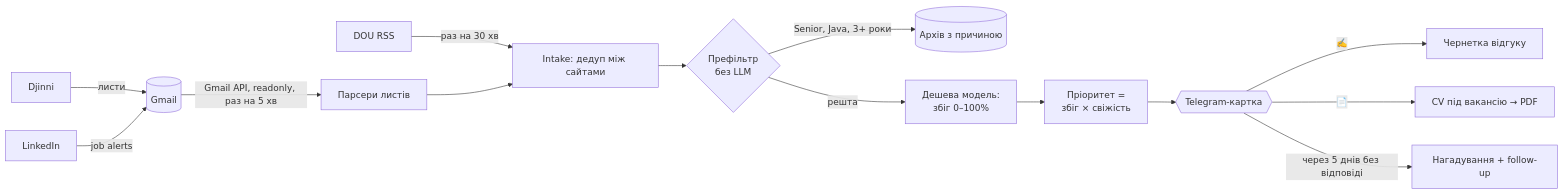
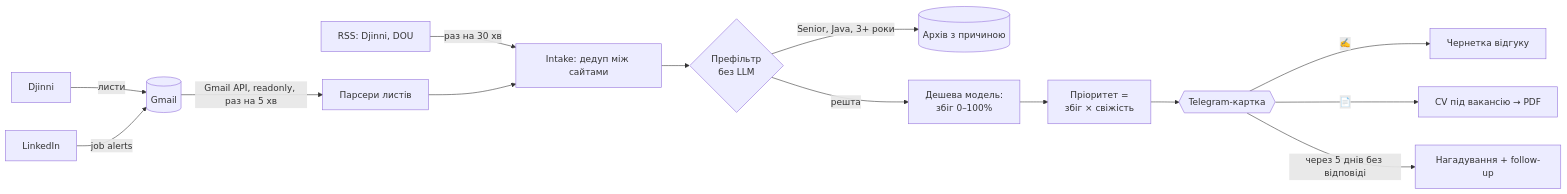
Before and after one commit to Msk3123/tgJobBot: the diagram in README.md, drawn with Mermaid. The commit also changed other lines of this file and 10 other files, not shown here.

First line of the commit message:
feat(jobs): Djinni public RSS as a feed source

````diff
--- a/README.md
+++ b/README.md
@@ -9,16 +9,16 @@
 ```mermaid
 flowchart LR
     D[Djinni] -- листи --> G[(Gmail)]
     L[LinkedIn] -- job alerts --> G
     G -- Gmail API, readonly, раз на 5 хв --> P[Парсери листів]
-    R[DOU RSS] -- раз на 30 хв --> I
+    R[RSS: Djinni, DOU] -- раз на 30 хв --> I
     P --> I[Intake: дедуп між сайтами]
     I --> F{Префільтр<br/>без LLM}
     F -->|Senior, Java, 3+ роки| A[(Архів з причиною)]
     F -->|решта| S[Дешева модель:<br/>збіг 0–100%]
     S --> Q[Пріоритет =<br/>збіг × свіжість]
     Q --> T{{Telegram-картка}}
     T -- ✍️ --> W[Чернетка відгуку]
     T -- 📄 --> C[CV під вакансію → PDF]
     T -- через 5 днів без відповіді --> U[Нагадування + follow-up]
 ```
````
